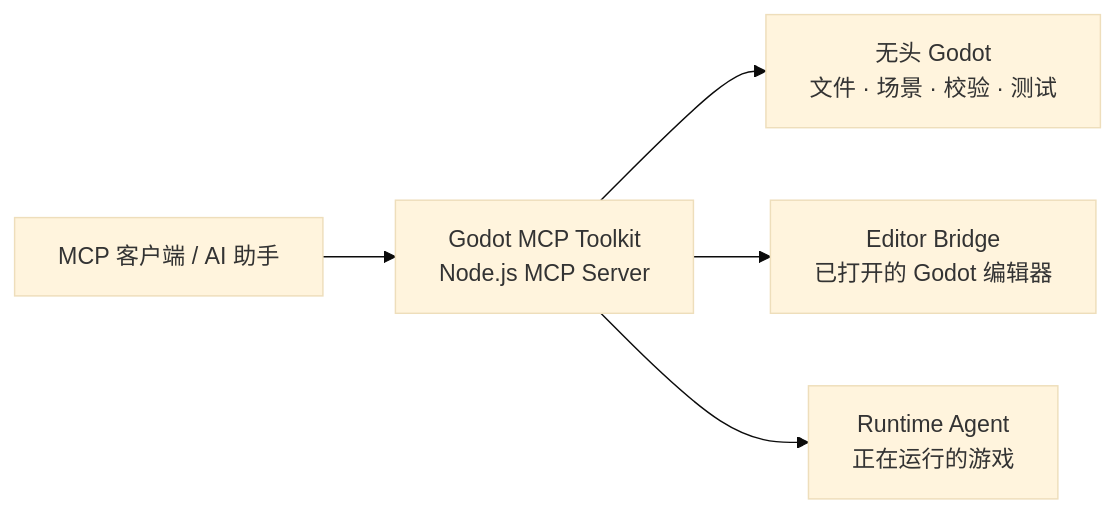
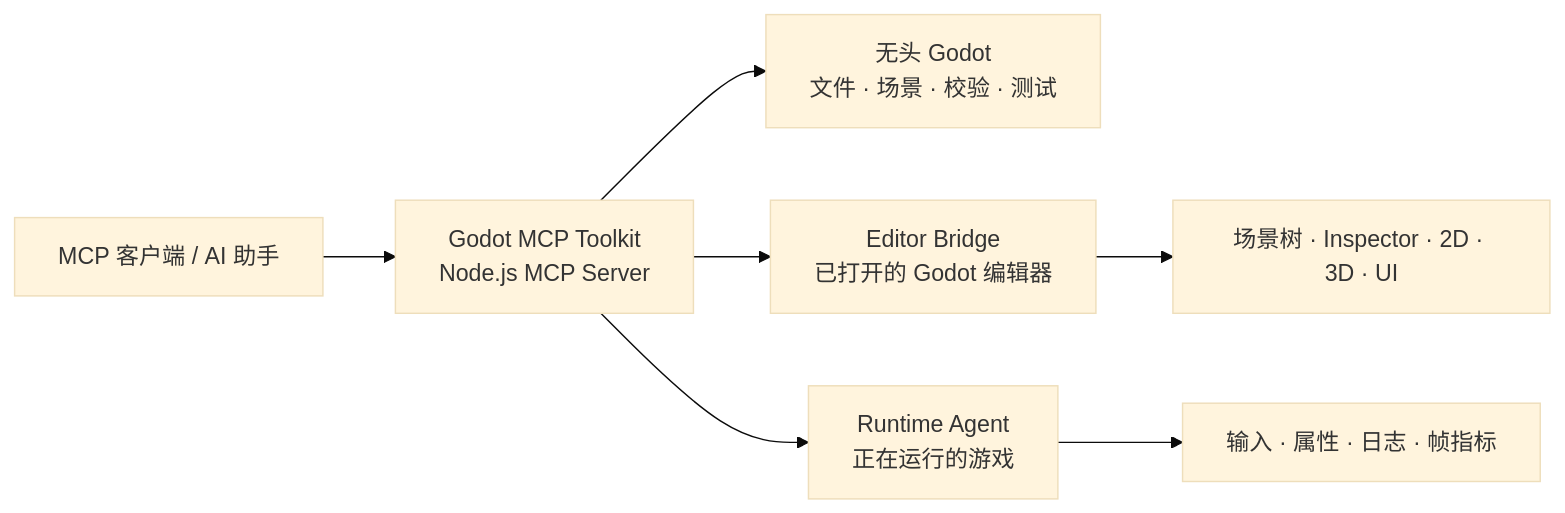
One commit to woyucbugongdaitian/godot-mcp-toolkit changed the diagram in README.zh-CN.md. Above: the diagram before and after it, drawn with Mermaid (base theme). The commit also changed other lines of this file and 8 other files, not shown here.

````diff
--- a/README.zh-CN.md
+++ b/README.zh-CN.md
@@ -21,7 +29,9 @@
 ```mermaid
 flowchart LR
     Client["MCP 客户端 / AI 助手"] --> Server["Godot MCP Toolkit\nNode.js MCP Server"]
     Server --> Headless["无头 Godot\n文件 · 场景 · 校验 · 测试"]
     Server --> Bridge["Editor Bridge\n已打开的 Godot 编辑器"]
     Server --> Agent["Runtime Agent\n正在运行的游戏"]
+    Bridge --> Editor["场景树 · Inspector · 2D · 3D · UI"]
+    Agent --> Game["输入 · 属性 · 日志 · 帧指标"]
 ```
````
